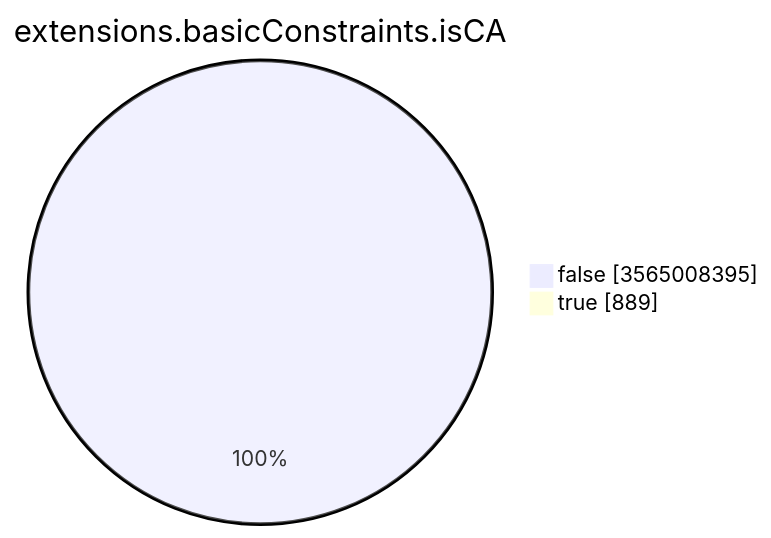
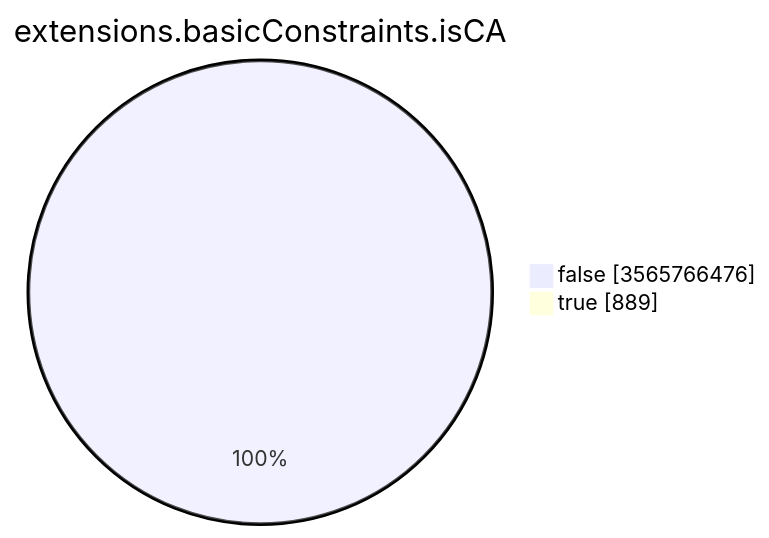
Before and after one commit to christiankrug/ctmonitor_visualization: the seventh of 15 diagrams in TOTAL/README.md, drawn with Mermaid. The commit also changed other lines of this file, not shown here.

````diff
--- a/TOTAL/README.md
+++ b/TOTAL/README.md
@@ -3094,6 +3094,6 @@
 ```mermaid
 pie showData
 title extensions.basicConstraints.isCA
-"false" :3565008395
+"false" :3565766476
 "true" :889
 ```
````
